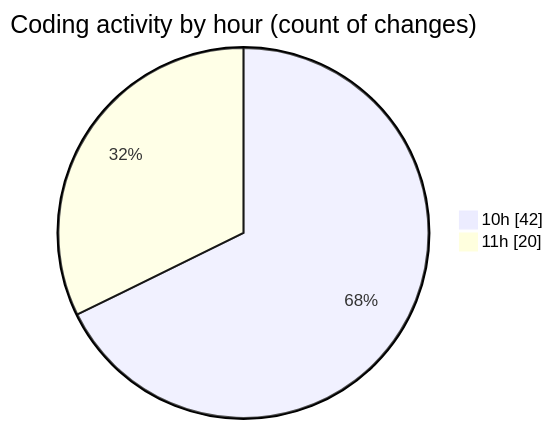
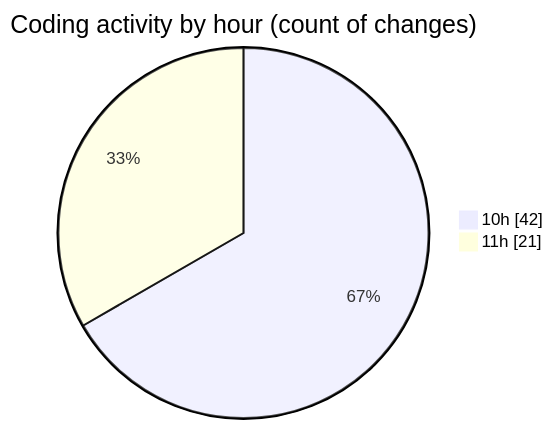
One commit to Ritupan-Deka/code-tracking changed the second of 2 diagrams in 2025-07-04/urlwebwala_intership_work/README.md. Above: the diagram before and after it, drawn with Mermaid. The commit also changed other lines of this file and 1 other file, not shown here.

````diff
--- a/2025-07-04/urlwebwala_intership_work/README.md
+++ b/2025-07-04/urlwebwala_intership_work/README.md
@@ -30,6 +30,6 @@
 ```mermaid
 pie showData
 title Coding activity by hour (count of changes)
 "10h" : 42
-"11h" : 20
+"11h" : 21
 ```
````
